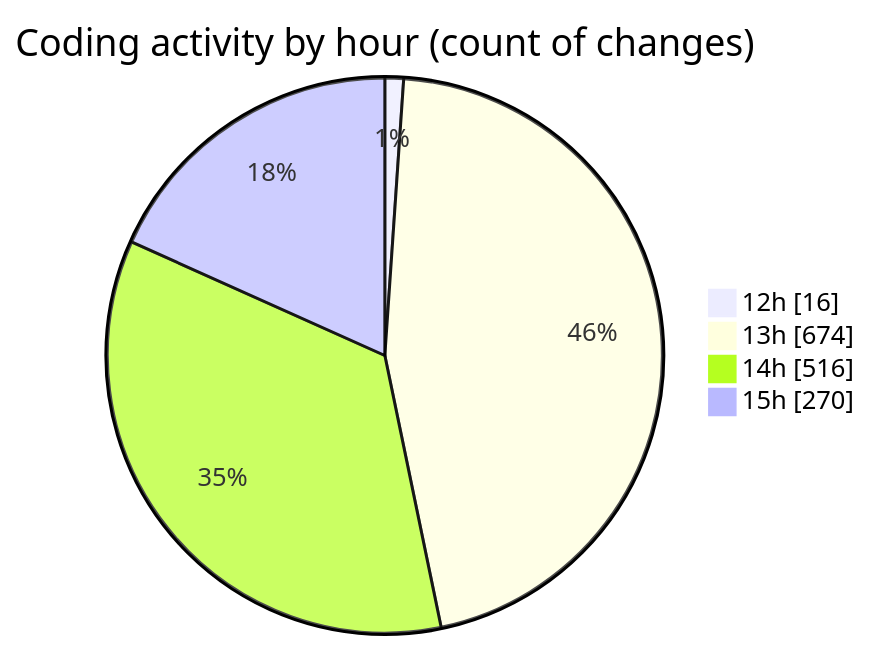
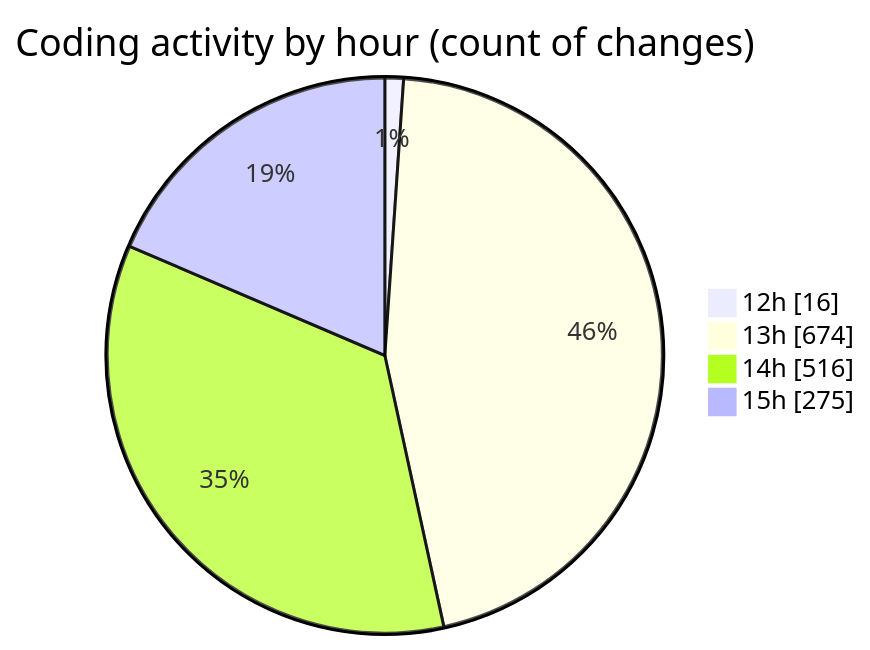
One commit to vahidmafi/code-tracking changed the second of 2 diagrams in 2025-09-16/www/README.md. Above: the diagram before and after it, drawn with Mermaid. The commit also changed other lines of this file and 1 other file, not shown here.

````diff
--- a/2025-09-16/www/README.md
+++ b/2025-09-16/www/README.md
@@ -598,8 +598,8 @@
 ```mermaid
 pie showData
 title Coding activity by hour (count of changes)
 "12h" : 16
 "13h" : 674
 "14h" : 516
-"15h" : 270
+"15h" : 275
 ```
````
